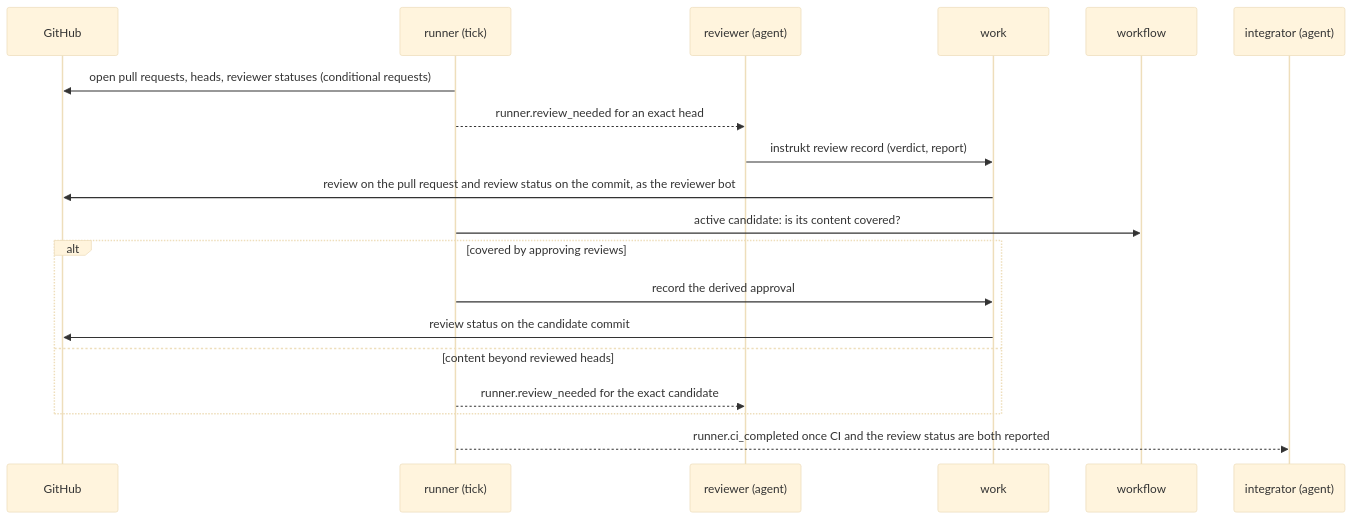
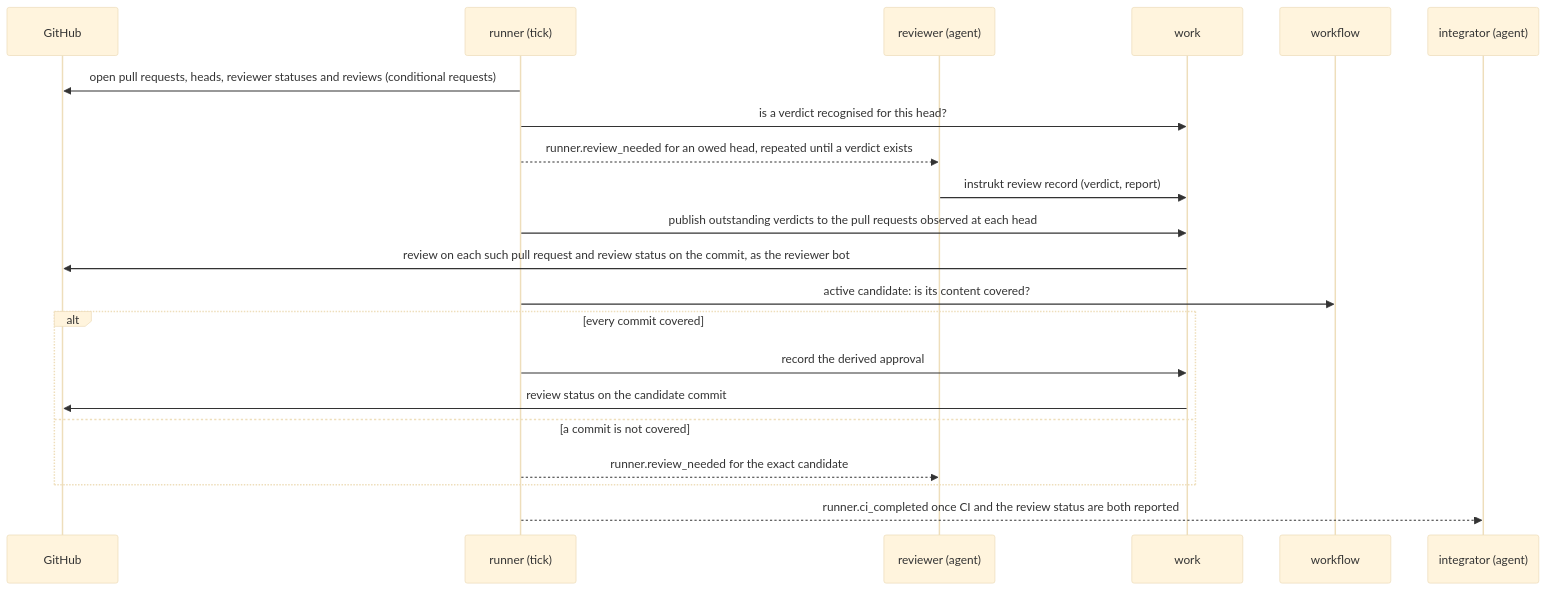
Before and after one commit to InstruktAI/instrukt: the fifth of 5 diagrams in docs/project/design/architecture/overview.md, drawn with Mermaid (base theme). The commit also changed other lines of this file and 12 other files, not shown here.

````diff
--- a/docs/project/design/architecture/overview.md
+++ b/docs/project/design/architecture/overview.md
@@ -456,21 +457,23 @@
 ```mermaid
 sequenceDiagram
   participant G as GitHub
   participant R as runner (tick)
   participant V as reviewer (agent)
   participant W as work
   participant F as workflow
   participant I as integrator (agent)
-  R->>G: open pull requests, heads, reviewer statuses (conditional requests)
-  R-->>V: runner.review_needed for an exact head
+  R->>G: open pull requests, heads, reviewer statuses and reviews (conditional requests)
+  R->>W: is a verdict recognised for this head?
+  R-->>V: runner.review_needed for an owed head, repeated until a verdict exists
   V->>W: instrukt review record (verdict, report)
-  W->>G: review on the pull request and review status on the commit, as the reviewer bot
+  R->>W: publish outstanding verdicts to the pull requests observed at each head
+  W->>G: review on each such pull request and review status on the commit, as the reviewer bot
   R->>F: active candidate: is its content covered?
-  alt covered by approving reviews
+  alt every commit covered
     R->>W: record the derived approval
     W->>G: review status on the candidate commit
-  else content beyond reviewed heads
+  else a commit is not covered
     R-->>V: runner.review_needed for the exact candidate
   end
   R-->>I: runner.ci_completed once CI and the review status are both reported
 ```
````
